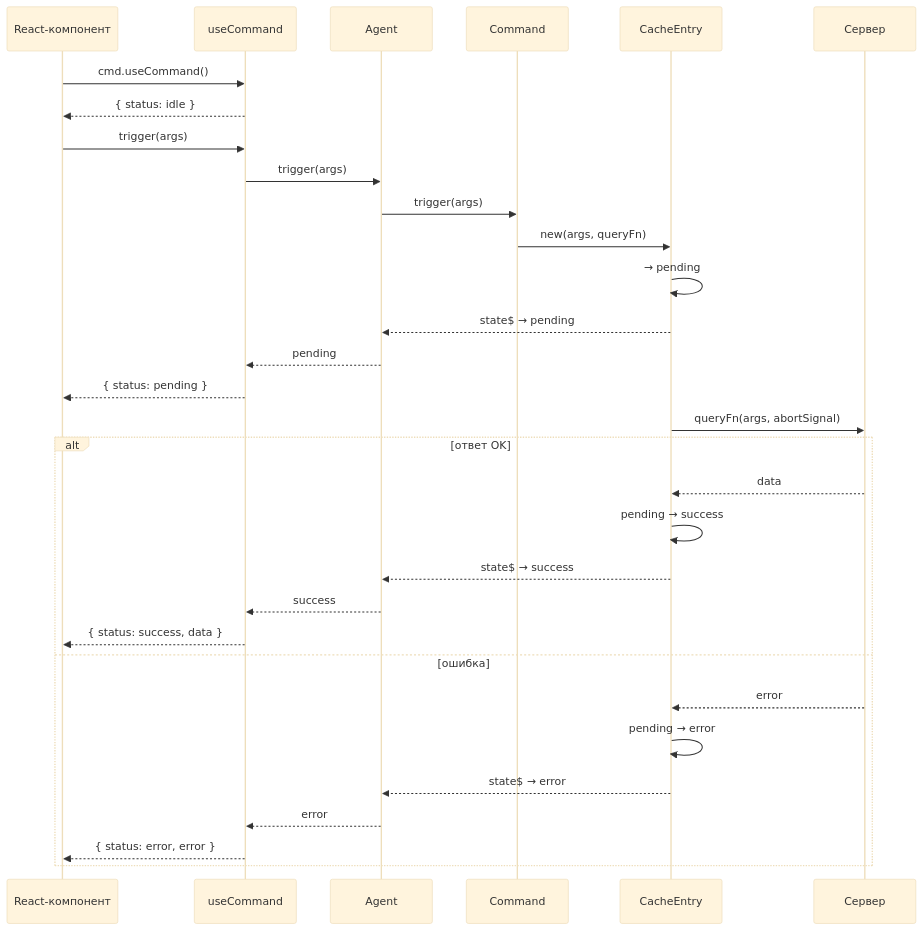
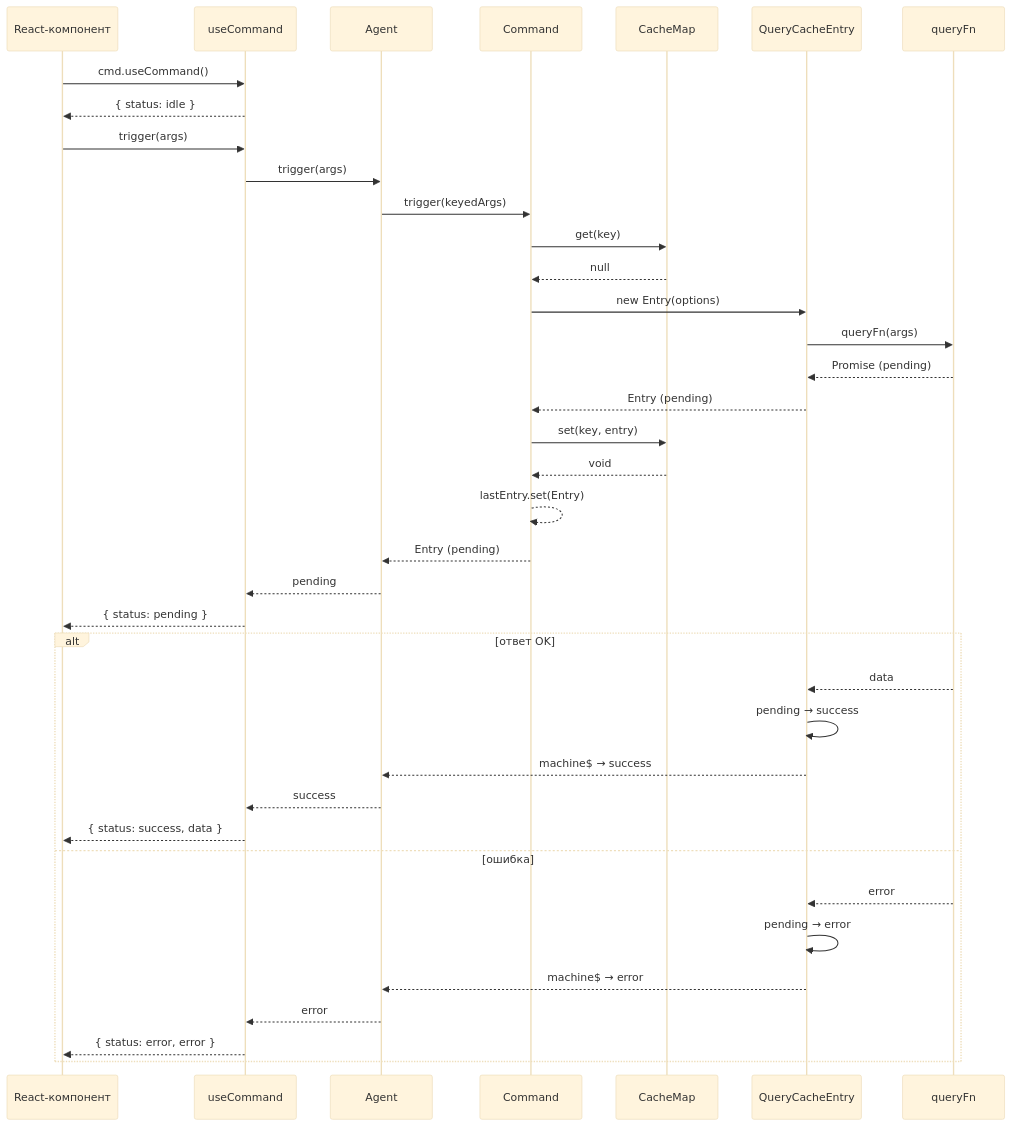
The seventh of 10 diagrams in docs/query/concepts/dataflows.md (fozy-labs/rx-toolkit), drawn with Mermaid (base theme) before and after one commit. The commit also changed other lines of this file and 1 other file, not shown here.

````diff
--- a/docs/query/concepts/dataflows.md
+++ b/docs/query/concepts/dataflows.md
@@ -258,37 +230,44 @@
 ```mermaid
 sequenceDiagram
     participant UI as React-компонент
     participant Hook as useCommand
     participant Agent as Agent
     participant Cmd as Command
-    participant Entry as CacheEntry
-    participant Server as Сервер
+    participant Cache as CacheMap
+    participant Entry as QueryCacheEntry
+    participant Query as queryFn
 
     UI->>Hook: cmd.useCommand()
+    
     Hook-->>UI: { status: idle }
 
     UI->>Hook: trigger(args)
     Hook->>Agent: trigger(args)
-    Agent->>Cmd: trigger(args)
-    Cmd->>Entry: new(args, queryFn)
-    Entry->>Entry: → pending
-    Entry-->>Agent: state$ → pending
+    Agent->>Cmd: trigger(keyedArgs)
+    Cmd->>Cache: get(key)
+    Cache-->>Cmd: null
+    Cmd->>Entry: new Entry(options)
+    Entry->>Query: queryFn(args)
+    Query-->>Entry: Promise (pending)
+    Entry-->>Cmd: Entry (pending)
+    Cmd->>Cache: set(key, entry)
+    Cache-->>Cmd: void
+    Cmd-->>Cmd: lastEntry.set(Entry)
+    Cmd-->>Agent: Entry (pending)
     Agent-->>Hook: pending
     Hook-->>UI: { status: pending }
 
-    Entry->>Server: queryFn(args, abortSignal)
-
     alt ответ OK
-        Server-->>Entry: data
+        Query-->>Entry: data
         Entry->>Entry: pending → success
-        Entry-->>Agent: state$ → success
+        Entry-->>Agent: machine$ → success
         Agent-->>Hook: success
         Hook-->>UI: { status: success, data }
     else ошибка
-        Server-->>Entry: error
+        Query-->>Entry: error
         Entry->>Entry: pending → error
-        Entry-->>Agent: state$ → error
+        Entry-->>Agent: machine$ → error
         Agent-->>Hook: error
         Hook-->>UI: { status: error, error }
     end
 ```
````
